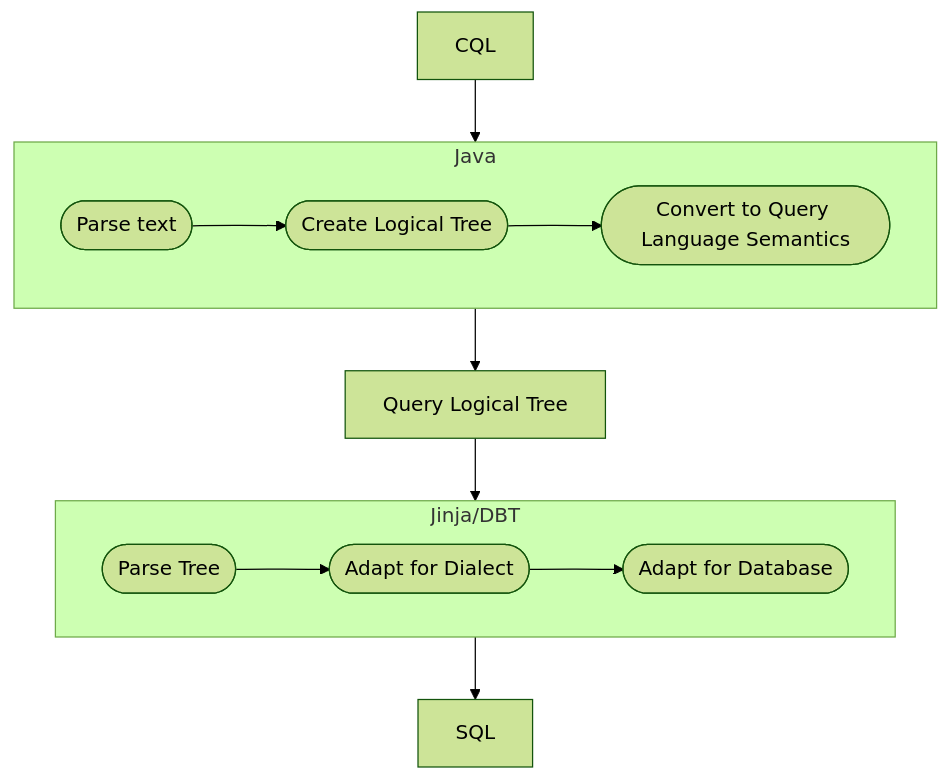
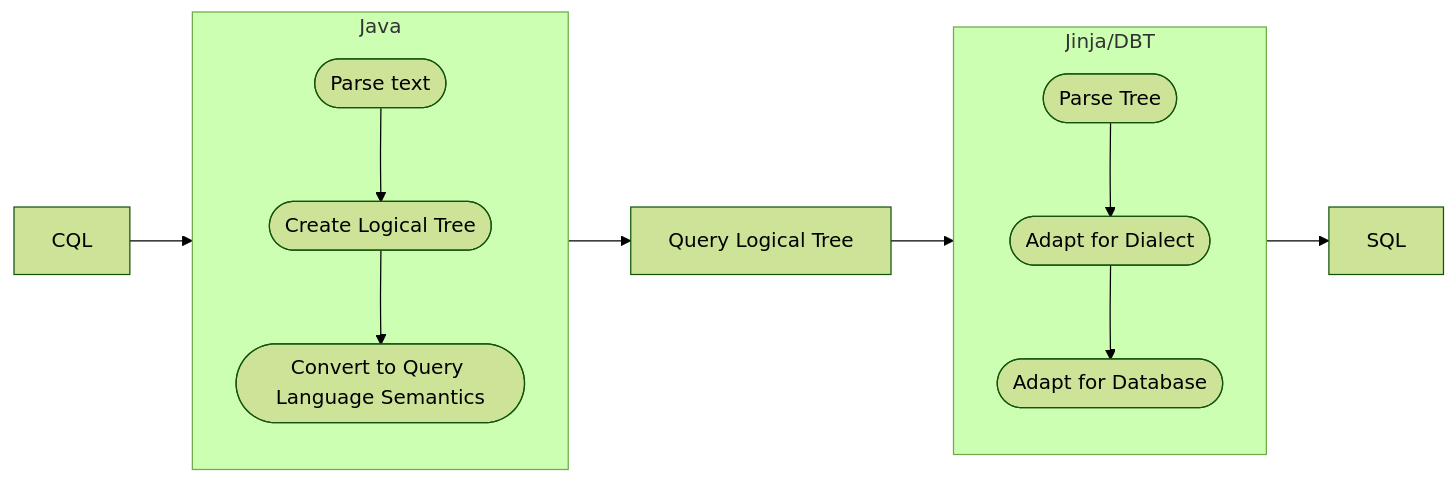
One commit to department-of-veterans-affairs/cql-transpiler changed the second of 4 diagrams in DIAGRAMS.md. Above: the diagram before and after it, drawn with Mermaid (forest theme).

Commit message:
diagram flip

````diff
--- a/DIAGRAMS.md
+++ b/DIAGRAMS.md
@@ -14,16 +14,16 @@
 ```mermaid
-flowchart TD
+flowchart LR
 
 subgraph java["Java"]
     a(["Parse text"]) --> aa(["Create Logical Tree"])
     aa --> aaa(["Convert to Query Language Semantics"])
 end
 A["CQL"] --> java
 java --> B["Query Logical Tree"]
 subgraph dbt["Jinja/DBT"]
     i(["Parse Tree"]) --> ii(["Adapt for Dialect"])
     ii --> iii(["Adapt for Database"])
 end
 B --> dbt
 dbt --> C["SQL"]
 ```
````
